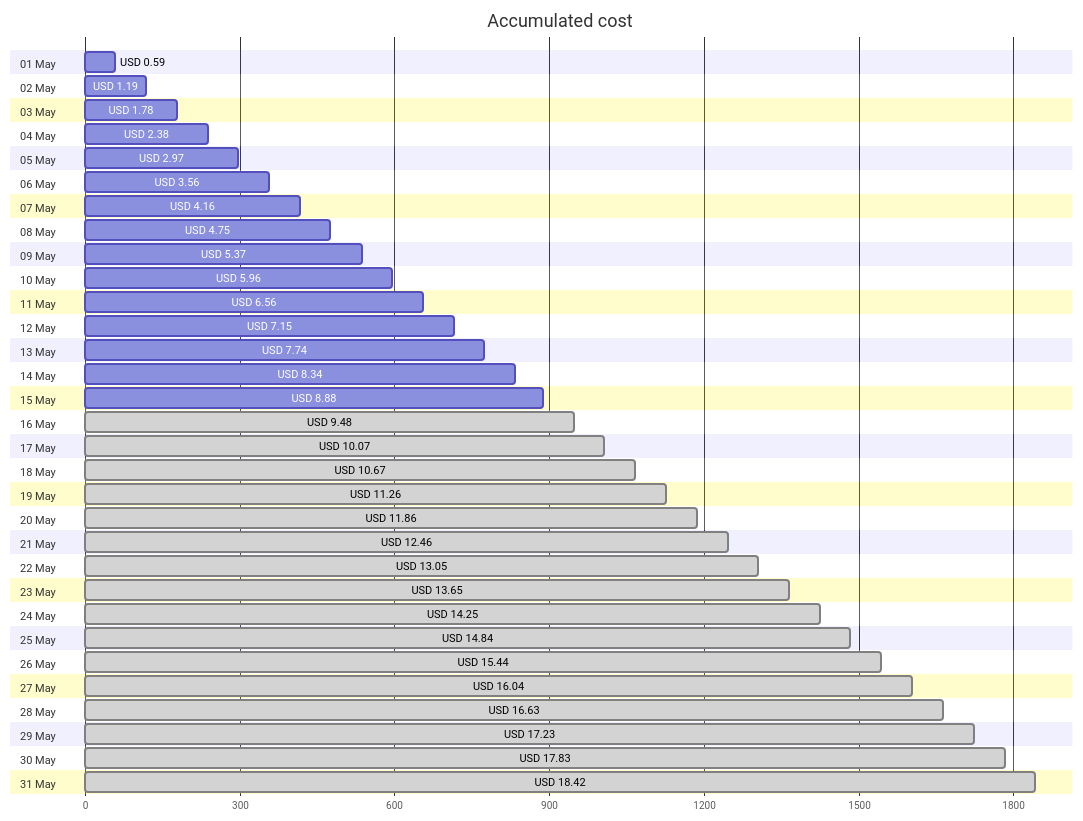
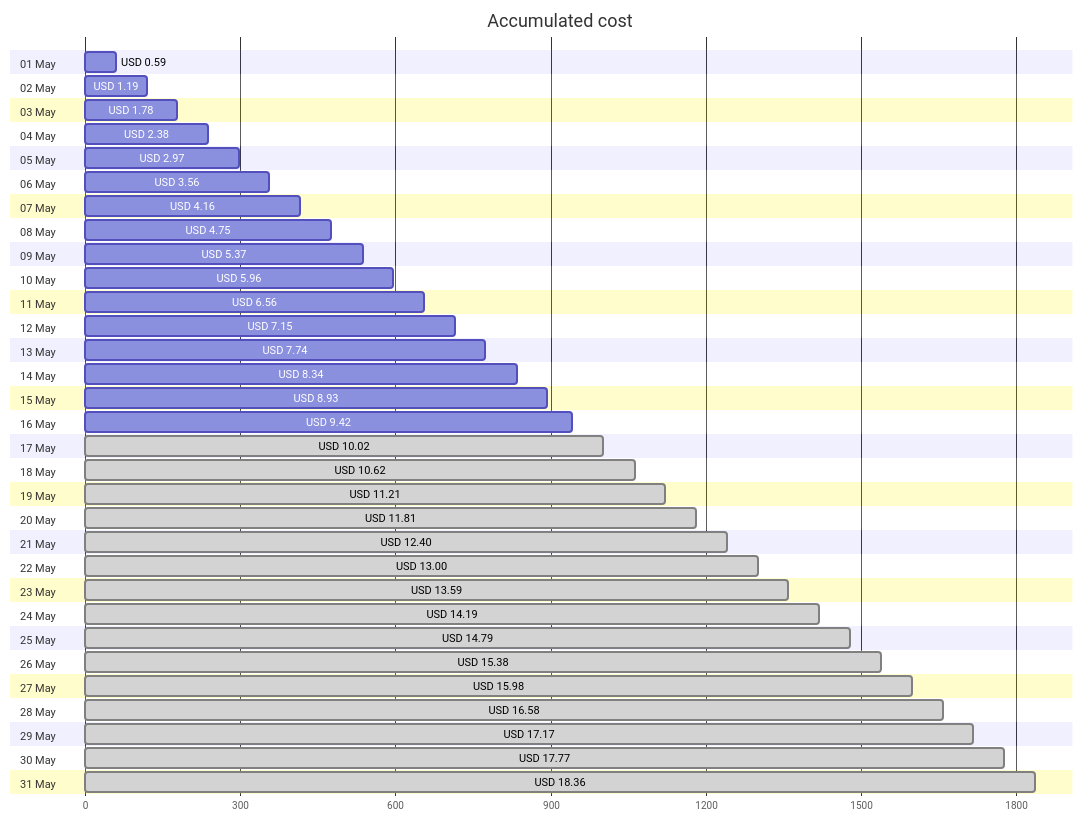
The first of 4 diagrams in cost-reports/personal-site/README.md (jpfulton/azure-personal-reports), drawn with Mermaid before and after one commit. The commit also changed other lines of this file and 6 other files, not shown here.

````diff
--- a/cost-reports/personal-site/README.md
+++ b/cost-reports/personal-site/README.md
@@ -20,68 +20,68 @@
 ```mermaid
 gantt
    title Accumulated cost
    dateFormat  X
    axisFormat %s
    section 01 May
    USD 0.59 :0, 59
    section 02 May
    USD 1.19 :0, 119
    section 03 May
    USD 1.78 :0, 178
    section 04 May
    USD 2.38 :0, 238
    section 05 May
    USD 2.97 :0, 297
    section 06 May
    USD 3.56 :0, 356
    section 07 May
    USD 4.16 :0, 416
    section 08 May
    USD 4.75 :0, 475
    section 09 May
    USD 5.37 :0, 537
    section 10 May
    USD 5.96 :0, 596
    section 11 May
    USD 6.56 :0, 656
    section 12 May
    USD 7.15 :0, 715
    section 13 May
    USD 7.74 :0, 774
    section 14 May
    USD 8.34 :0, 834
    section 15 May
-   USD 8.88 :0, 888
+   USD 8.93 :0, 893
    section 16 May
-   USD 9.48 : done, 0, 948
+   USD 9.42 :0, 942
    section 17 May
-   USD 10.07 : done, 0, 1007
+   USD 10.02 : done, 0, 1002
    section 18 May
-   USD 10.67 : done, 0, 1067
+   USD 10.62 : done, 0, 1062
    section 19 May
-   USD 11.26 : done, 0, 1126
+   USD 11.21 : done, 0, 1121
    section 20 May
-   USD 11.86 : done, 0, 1186
+   USD 11.81 : done, 0, 1181
    section 21 May
-   USD 12.46 : done, 0, 1246
+   USD 12.40 : done, 0, 1240
    section 22 May
-   USD 13.05 : done, 0, 1305
+   USD 13.00 : done, 0, 1300
    section 23 May
-   USD 13.65 : done, 0, 1365
+   USD 13.59 : done, 0, 1359
    section 24 May
-   USD 14.25 : done, 0, 1425
+   USD 14.19 : done, 0, 1419
    section 25 May
-   USD 14.84 : done, 0, 1484
+   USD 14.79 : done, 0, 1479
    section 26 May
-   USD 15.44 : done, 0, 1544
+   USD 15.38 : done, 0, 1538
    section 27 May
-   USD 16.04 : done, 0, 1604
+   USD 15.98 : done, 0, 1598
    section 28 May
-   USD 16.63 : done, 0, 1663
+   USD 16.58 : done, 0, 1658
    section 29 May
-   USD 17.23 : done, 0, 1723
+   USD 17.17 : done, 0, 1717
    section 30 May
-   USD 17.83 : done, 0, 1783
+   USD 17.77 : done, 0, 1777
    section 31 May
-   USD 18.42 : done, 0, 1842
+   USD 18.36 : done, 0, 1836
 ```
````
